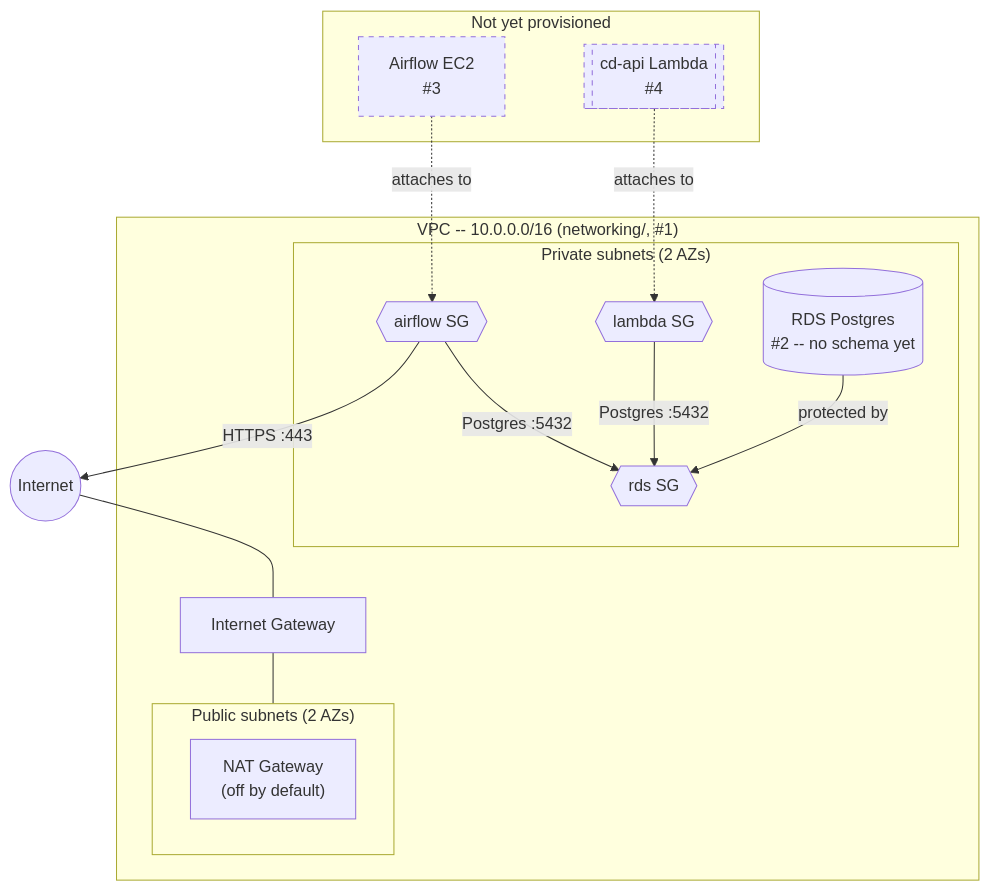
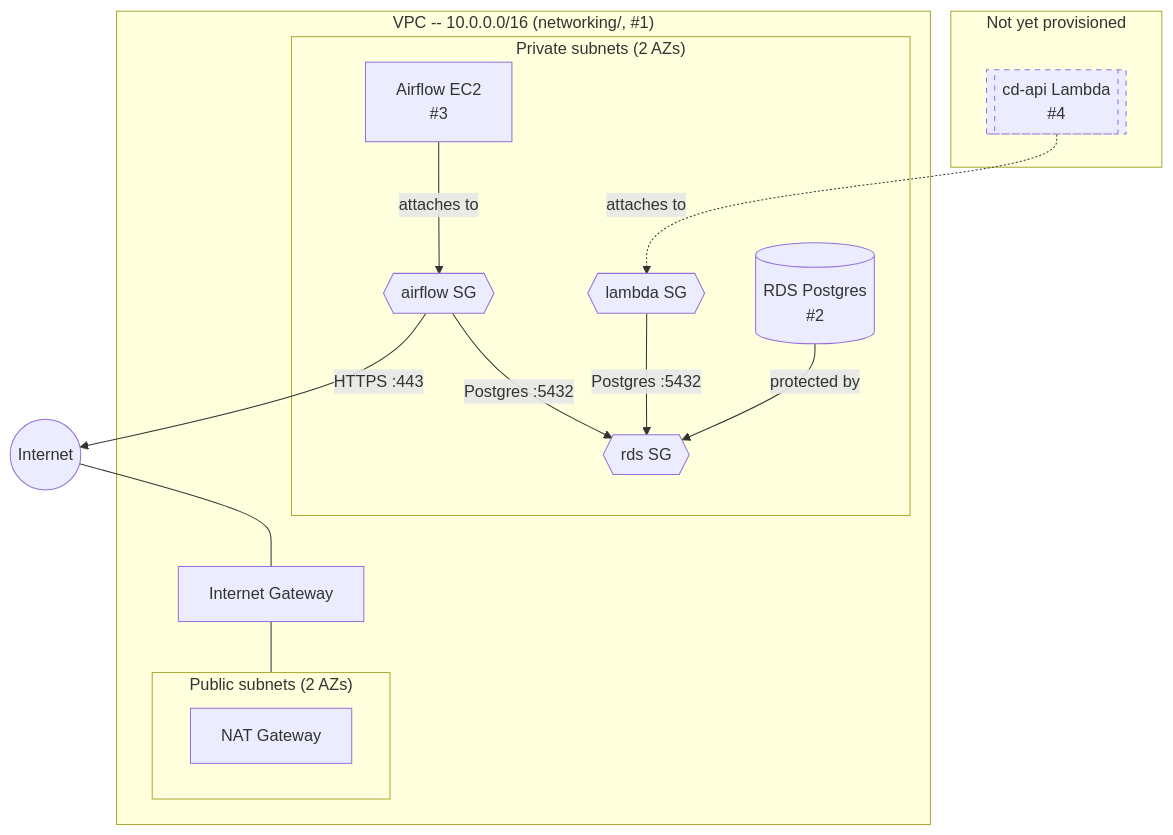
Before and after one commit to rchacon/cd-infra: the diagram in README.md, drawn with Mermaid. The commit also changed other lines of this file and 10 other files, not shown here.

````diff
--- a/README.md
+++ b/README.md
@@ -8,38 +8,38 @@
 ```mermaid
 flowchart TB
     internet(("Internet"))
 
     subgraph vpc["VPC -- 10.0.0.0/16 (networking/, #1)"]
         igw["Internet Gateway"]
 
         subgraph pub["Public subnets (2 AZs)"]
-            nat["NAT Gateway<br/>(off by default)"]
+            nat["NAT Gateway"]
         end
 
         subgraph priv["Private subnets (2 AZs)"]
             rds_sg{{"rds SG"}}
             airflow_sg{{"airflow SG"}}
             lambda_sg{{"lambda SG"}}
-            rds[("RDS Postgres<br/>#2 -- no schema yet")]
+            rds[("RDS Postgres<br/>#2")]
+            airflow["Airflow EC2<br/>#3"]
         end
     end
 
     subgraph future["Not yet provisioned"]
-        airflow["Airflow EC2<br/>#3"]
         lambda[["cd-api Lambda<br/>#4"]]
     end
 
     internet --- igw
     igw --- pub
 
     rds -- protected by --> rds_sg
-    airflow -. attaches to .-> airflow_sg
+    airflow -- attaches to --> airflow_sg
     lambda -. attaches to .-> lambda_sg
 
     airflow_sg -- "HTTPS :443" --> internet
     airflow_sg -- "Postgres :5432" --> rds_sg
     lambda_sg -- "Postgres :5432" --> rds_sg
 
     classDef planned stroke-dasharray: 5 5
-    class airflow,lambda planned
+    class lambda planned
 ```
````
